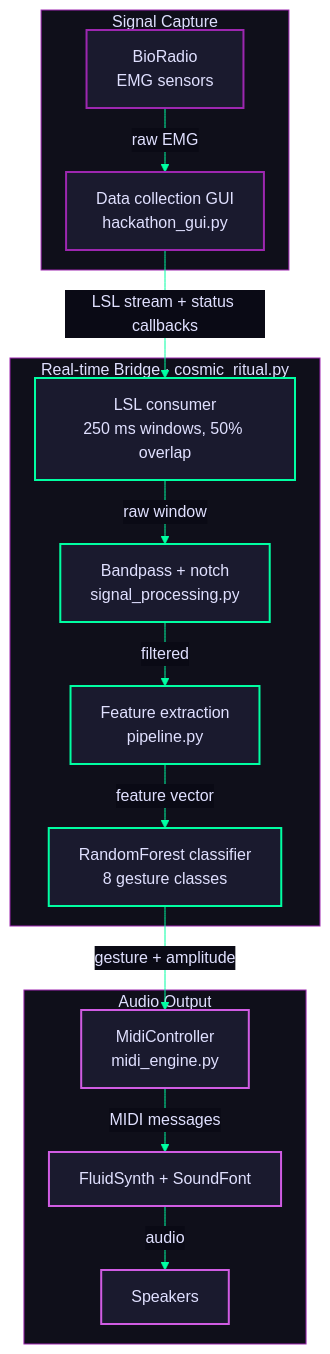
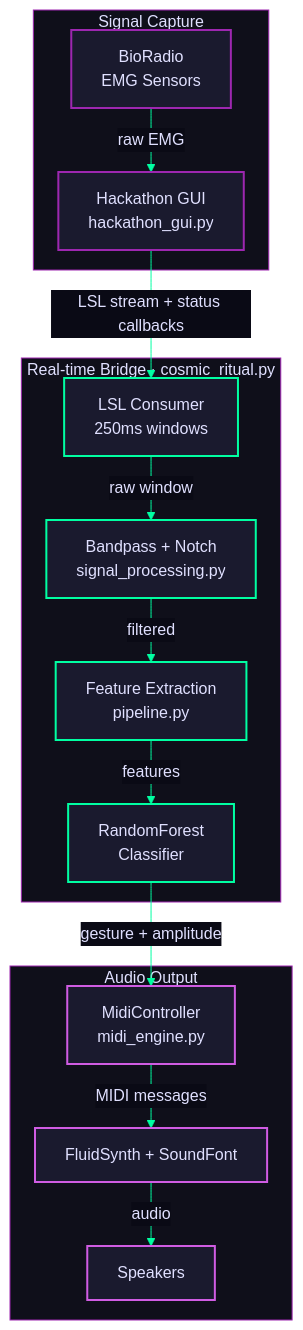
Before and after one commit to ajbarea/bioradio-music: the first of 3 diagrams in docs/architecture.md, drawn with Mermaid. The commit also changed other lines of this file and 5 other files, not shown here.

````diff
--- a/docs/architecture.md
+++ b/docs/architecture.md
@@ -5,52 +5,52 @@
 ```mermaid
 %%{init: {'theme': 'base', 'themeVariables': {
     'primaryColor': '#1a1a2e',
     'primaryTextColor': '#e0e0ff',
     'primaryBorderColor': '#9d27b0',
     'lineColor': '#00ffa2',
     'secondaryColor': '#0f0f1a',
     'tertiaryColor': '#12121f',
     'edgeLabelBackground': '#0a0a15',
     'clusterBkg': '#0f0f1a',
     'clusterBorder': '#9d27b0',
     'titleColor': '#e0e0ff',
     'nodeTextColor': '#e0e0ff'
 }, 'flowchart': {'nodeSpacing': 30, 'rankSpacing': 40}}}%%
 flowchart TD
     subgraph capture ["Signal Capture"]
-        BR["BioRadio<br/>EMG sensors"]
-        GUI["Data collection GUI<br/>hackathon_gui.py"]
+        BR["BioRadio<br/>EMG Sensors"]
+        GUI["Hackathon GUI<br/>hackathon_gui.py"]
     end
 
     subgraph bridge ["Real-time Bridge · cosmic_ritual.py"]
-        CR["LSL consumer<br/>250 ms windows, 50% overlap"]
-        SP["Bandpass + notch<br/>signal_processing.py"]
-        PP["Feature extraction<br/>pipeline.py"]
-        RF["RandomForest classifier<br/>8 gesture classes"]
+        CR["LSL Consumer<br/>250ms windows"]
+        SP["Bandpass + Notch<br/>signal_processing.py"]
+        PP["Feature Extraction<br/>pipeline.py"]
+        RF["RandomForest<br/>Classifier"]
     end
 
     subgraph audio ["Audio Output"]
         MC["MidiController<br/>midi_engine.py"]
         FS["FluidSynth + SoundFont"]
         SPK["Speakers"]
     end
 
     BR -->|"raw EMG"| GUI
     GUI -->|"LSL stream + status callbacks"| CR
     CR -->|"raw window"| SP
     SP -->|"filtered"| PP
-    PP -->|"feature vector"| RF
+    PP -->|"features"| RF
     RF -->|"gesture + amplitude"| MC
     MC -->|"MIDI messages"| FS
     FS -->|"audio"| SPK
 
     style BR fill:#1a1a2e,stroke:#9d27b0,stroke-width:2px,color:#e0e0ff
     style GUI fill:#1a1a2e,stroke:#9d27b0,stroke-width:2px,color:#e0e0ff
     style CR fill:#1a1a2e,stroke:#00ffa2,stroke-width:2px,color:#e0e0ff
     style SP fill:#1a1a2e,stroke:#00ffa2,stroke-width:2px,color:#e0e0ff
     style PP fill:#1a1a2e,stroke:#00ffa2,stroke-width:2px,color:#e0e0ff
     style RF fill:#1a1a2e,stroke:#00ffa2,stroke-width:2px,color:#e0e0ff
     style MC fill:#1a1a2e,stroke:#d05ce3,stroke-width:2px,color:#e0e0ff
     style FS fill:#1a1a2e,stroke:#d05ce3,stroke-width:2px,color:#e0e0ff
     style SPK fill:#1a1a2e,stroke:#d05ce3,stroke-width:2px,color:#e0e0ff
 ```
````
